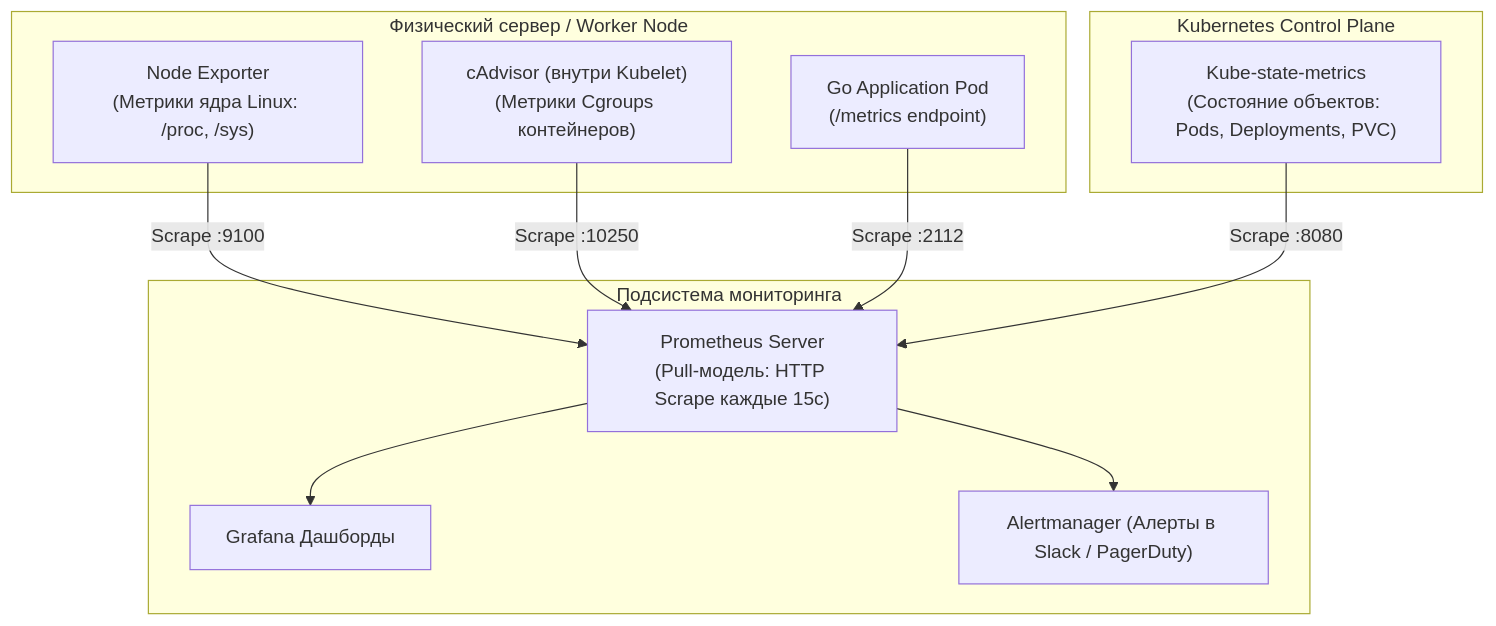
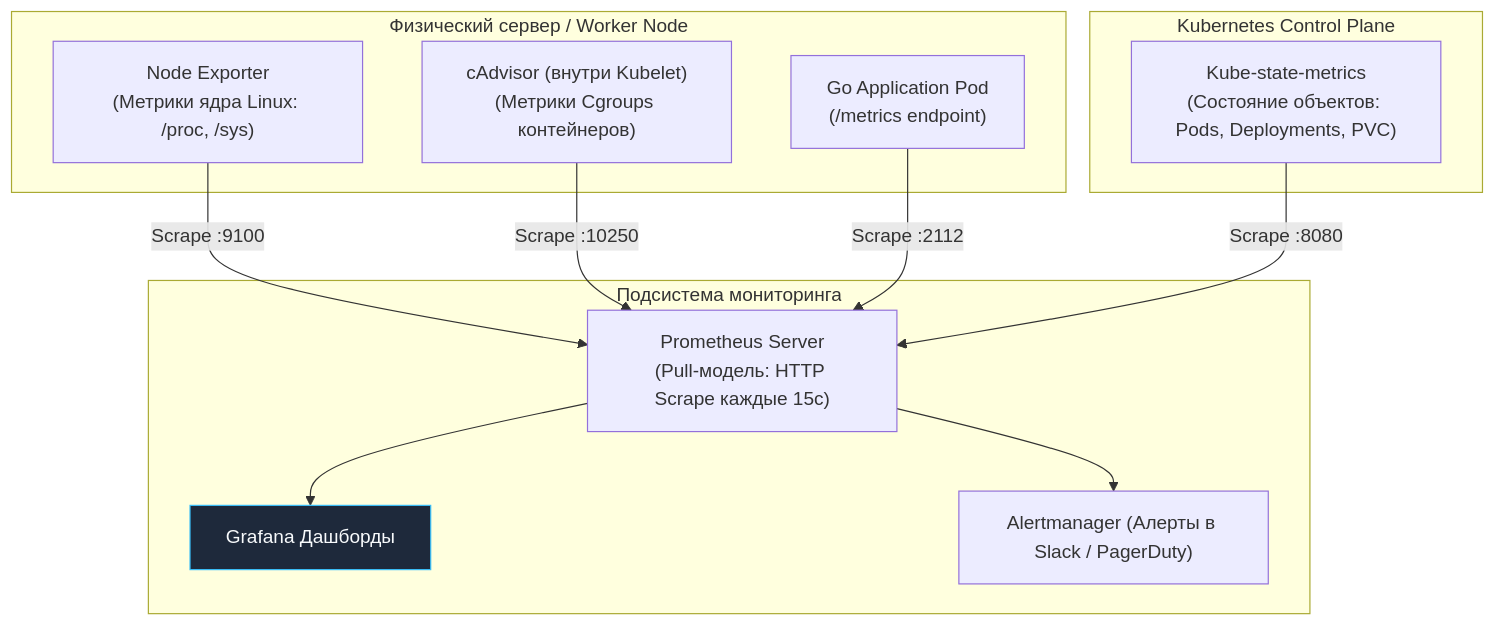
One commit to UnrealTemplier/go-textbook changed the second of 3 diagrams in sources/19. Инфраструктура. Linux, nginx, Docker, Kubernetes/05. Практика/4. Мониторинг инфраструктуры.md. Above: the diagram before and after it, drawn with Mermaid. The commit also changed other lines of this file and 1666 other files, not shown here.

First line of the commit message:
feat(mermaid): add semantic color classDef to 1369 colorless flowchart/graph diagrams

````diff
--- a/sources/19. Инфраструктура. Linux, nginx, Docker, Kubernetes/05. Практика/4. Мониторинг инфраструктуры.md
+++ b/sources/19. Инфраструктура. Linux, nginx, Docker, Kubernetes/05. Практика/4. Мониторинг инфраструктуры.md
@@ -34,26 +44,36 @@
 ```mermaid
 flowchart TD
+    classDef process  fill:#1e293b,stroke:#38bdf8,stroke-width:1px,color:#f8fafc
+    classDef success  fill:#064e3b,stroke:#34d399,stroke-width:1px,color:#f8fafc
+    classDef error    fill:#7f1d1d,stroke:#f87171,stroke-width:1px,color:#f8fafc
+    classDef warning  fill:#78350f,stroke:#fbbf24,stroke-width:1px,color:#f8fafc
+    classDef entry    fill:#1e3a5f,stroke:#38bdf8,stroke-width:2px,color:#f8fafc
+    classDef aux      fill:#334155,stroke:#64748b,stroke-width:1px,color:#f8fafc
+    classDef system   fill:#312e81,stroke:#a78bfa,stroke-width:1px,color:#f8fafc
+    classDef data     fill:#132d29,stroke:#2dd4bf,stroke-width:1px,color:#f8fafc
+    classDef network  fill:#881337,stroke:#fb7185,stroke-width:1px,color:#f8fafc
+    classDef accent   fill:#1e1b4b,stroke:#818cf8,stroke-width:1px,color:#f8fafc
     subgraph Host["Физический сервер / Worker Node"]
         NE["Node Exporter\n(Метрики ядра Linux: /proc, /sys)"]
         cAdv["cAdvisor (внутри Kubelet)\n(Метрики Cgroups контейнеров)"]
         GoPod["Go Application Pod\n(/metrics endpoint)"]
     end
 
     subgraph ControlPlane["Kubernetes Control Plane"]
         KSM["Kube-state-metrics\n(Состояние объектов: Pods, Deployments, PVC)"]
     end
 
     subgraph MonitoringStack["Подсистема мониторинга"]
         Prom["Prometheus Server\n(Pull-модель: HTTP Scrape каждые 15с)"]
-        Grafana["Grafana Дашборды"]
+        Grafana["Grafana Дашборды"]:::process
         Alert["Alertmanager (Алерты в Slack / PagerDuty)"]
         
         Prom --> Grafana
         Prom --> Alert
     end
 
     NE -->|"Scrape :9100"| Prom
     cAdv -->|"Scrape :10250"| Prom
     GoPod -->|"Scrape :2112"| Prom
     KSM -->|"Scrape :8080"| Prom
 ```
````
